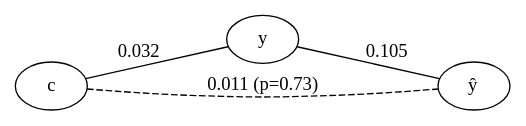
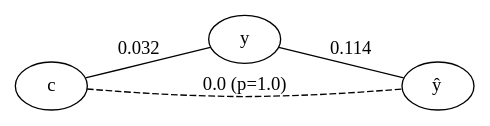
The diagram in fig/raw/emp_hcp_acq_reg_partial.dot (pni-lab/mlconfound-manuscript), drawn with Graphviz before and after one commit. The commit also changed 143 other files, not shown here.

```diff
--- a/fig/raw/emp_hcp_acq_reg_partial.dot
+++ b/fig/raw/emp_hcp_acq_reg_partial.dot
@@ -1,9 +1,9 @@
 graph {
 	rankdir=LR
 	c [label=c]
 	y [label=y]
 	yhat [label=<y&#770;>]
-	c -- yhat [label="0.011 (p=0.73)" style=dashed]
+	c -- yhat [label="0.0 (p=1.0)" style=dashed]
 	c -- y [label=0.032]
-	y -- yhat [label=0.105]
+	y -- yhat [label=0.114]
 }
```
